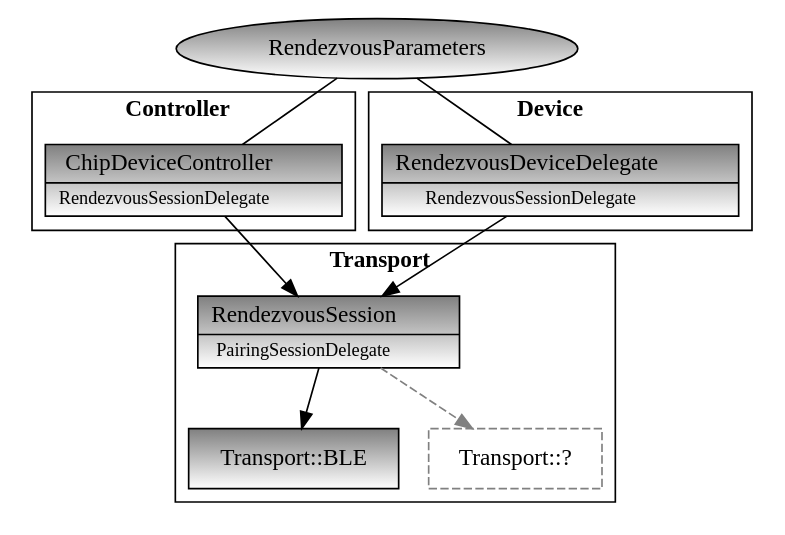
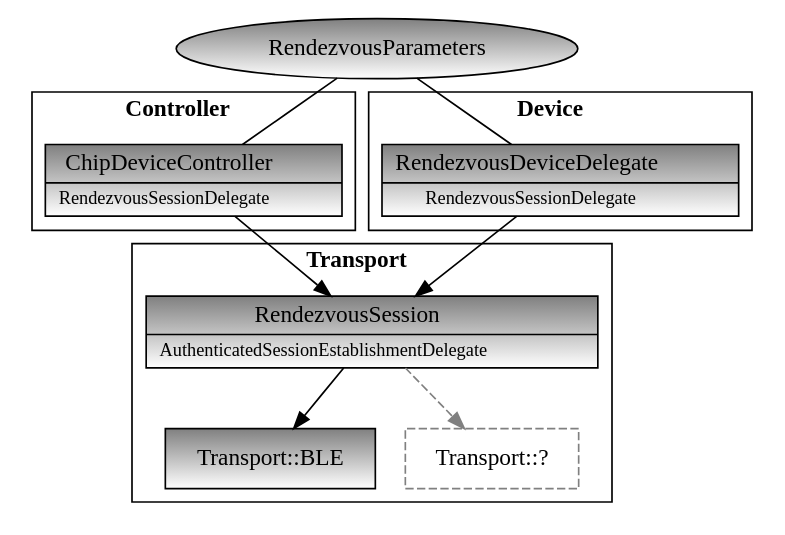
One commit to project-chip/connectedhomeip changed the diagram in docs/dots/Rendezvous/RendezvousSessionGeneral.dot. Above: the diagram before and after it, drawn with Graphviz. The commit also changed 9 other files, not shown here.

```diff
--- a/docs/dots/Rendezvous/RendezvousSessionGeneral.dot
+++ b/docs/dots/Rendezvous/RendezvousSessionGeneral.dot
@@ -1,37 +1,37 @@
 digraph RendezvousSession
 {
   node [shape=box, fillcolor="white:gray", gradientangle=90, style=filled]
 
   # This section represents controller-only elements
   subgraph cluster_controller {
     label=<<b>Controller</b>>
 
     ChipDeviceController [shape=record label=<{ChipDeviceController|<font point-size="11">RendezvousSessionDelegate</font>}>, URL="@ref chip::DeviceController::ChipDeviceController"]
   }
 
   # This section represents device-only elements
   subgraph cluster_device {
     label=<<b>Device</b>>
 
     RendezvousDeviceDelegate [shape=record label=<{RendezvousDeviceDelegate|<font point-size="11">RendezvousSessionDelegate</font>}> URL="@ref chip::RendezvousSessionDelegate"]
   }
 
   # This section represents elements which belongs to src/transport/
   subgraph cluster_transport {
     label=<<b>Transport</b>>
 
-    RendezvousSession [shape=record, label=<{RendezvousSession|<font point-size="11">PairingSessionDelegate</font>}>, URL="@ref chip::PairingSessionDelegate"]
+    RendezvousSession [shape=record, label=<{RendezvousSession|<font point-size="11">AuthenticatedSessionEstablishmentDelegate</font>}>, URL="@ref chip::AuthenticatedSessionEstablishmentDelegate"]
     TransportBle [label="Transport::BLE", URL="@ref chip::Transport::BLE"]
     TransportInet [label="Transport::?", style=dashed, color=gray]
   }
 
   #############################
   # Main relationships
   #############################
   RendezvousParameters [shape=ellipse, URL="@ref chip::RendezvousParameters"]
   RendezvousParameters -> { ChipDeviceController, RendezvousDeviceDelegate} [arrowhead=none]
 
   {ChipDeviceController, RendezvousDeviceDelegate} -> RendezvousSession
   RendezvousSession -> TransportBle
   RendezvousSession -> TransportInet [style=dashed, color=gray]
 }
```
